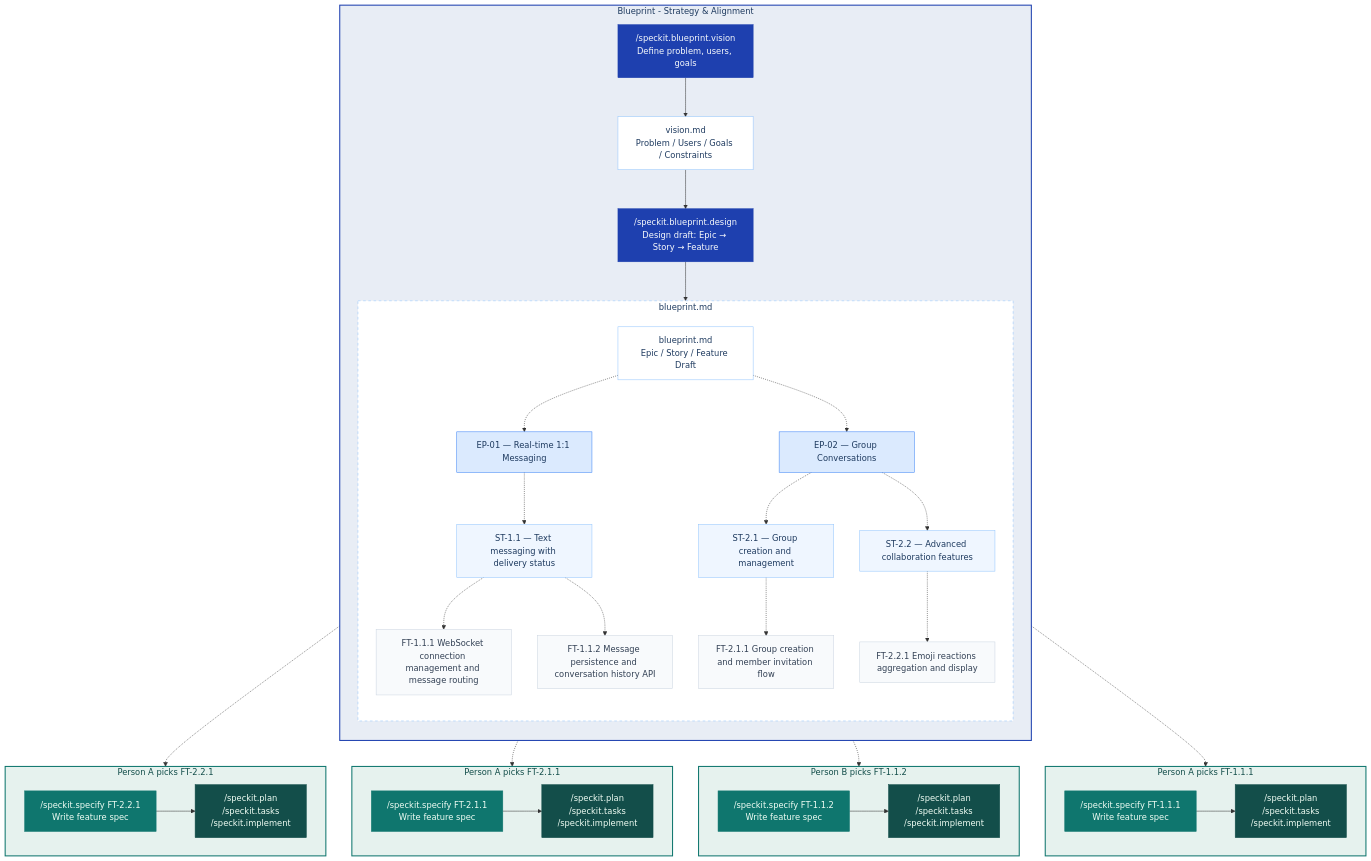
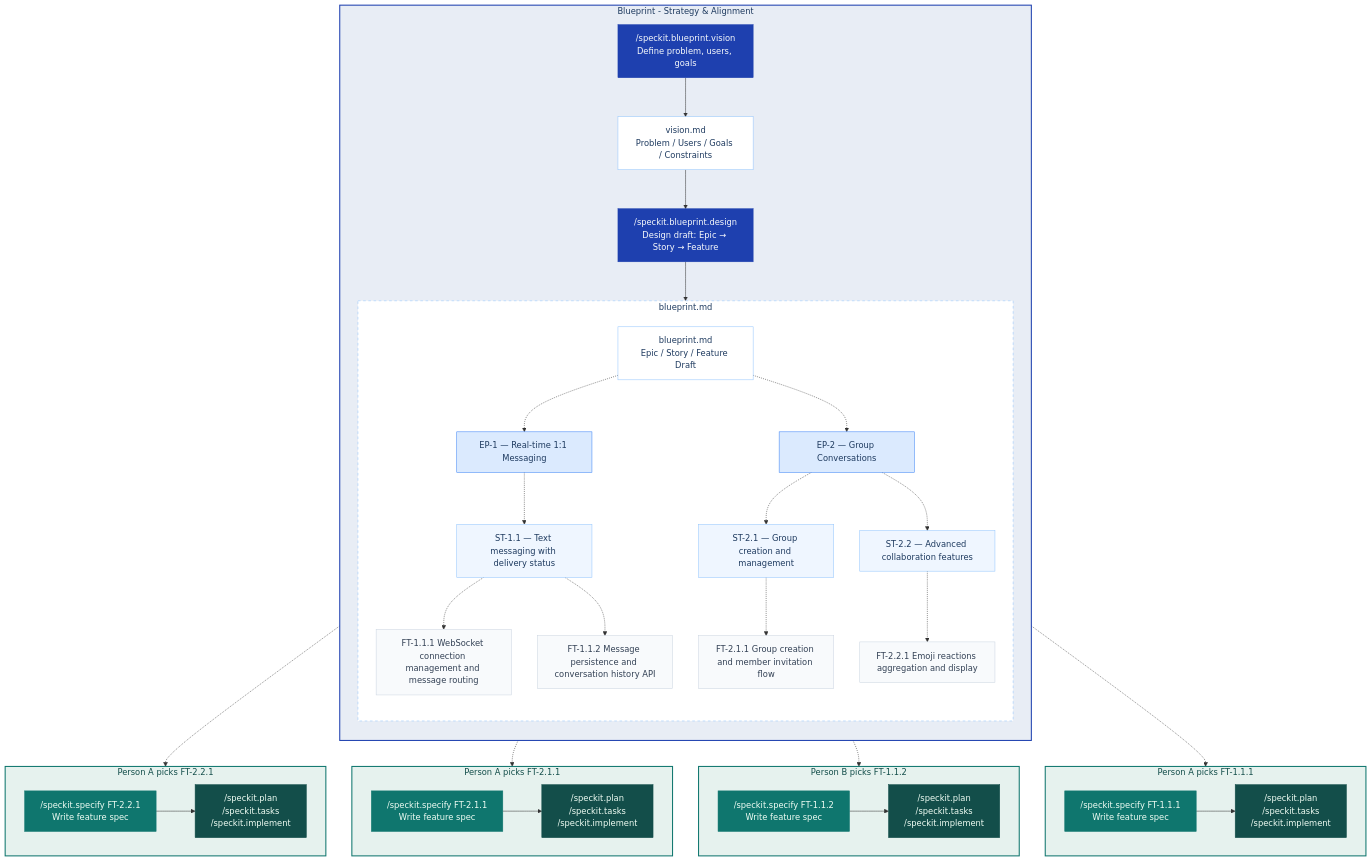
Before and after one commit to jaeryun/spec-kit-blueprint: the diagram in README.md, drawn with Mermaid. The commit also changed other lines of this file and 7 other files, not shown here.

````diff
--- a/README.md
+++ b/README.md
@@ -22,78 +22,78 @@
 ```mermaid
 flowchart TD
     B["/speckit.blueprint.vision<br/>Define problem, users, goals"]
 
     subgraph BP ["Blueprint - Strategy & Alignment"]
         direction TB
         B --> V["vision.md<br/>Problem / Users / Goals / Constraints"]
         V --> C["/speckit.blueprint.design<br/>Design draft: Epic → Story → Feature"]
         C --> R["blueprint.md<br/>Epic / Story / Feature Draft"]
 
         subgraph HIER ["blueprint.md"]
             direction TB
-            R -.-> EP1["EP-01 — Real-time 1:1 Messaging"]
+            R -.-> EP1["EP-1 — Real-time 1:1 Messaging"]
             EP1 -.-> ST1["ST-1.1 — Text messaging with delivery status"]
             ST1 -.-> FT_1_1_1["FT-1.1.1 WebSocket connection management and message routing"]
             ST1 -.-> FT_1_1_2["FT-1.1.2 Message persistence and conversation history API"]
 
-            R -.-> EP2["EP-02 — Group Conversations"]
+            R -.-> EP2["EP-2 — Group Conversations"]
             EP2 -.-> ST2["ST-2.1 — Group creation and management"]
             ST2 -.-> FT_2_1_1["FT-2.1.1 Group creation and member invitation flow"]
             EP2 -.-> ST3["ST-2.2 — Advanced collaboration features"]
             ST3 -.-> FT_2_2_1["FT-2.2.1 Emoji reactions aggregation and display"]
         end
     end
 
     subgraph DEV1 ["Person A picks FT-1.1.1"]
         direction LR
         S_1_1_1["/speckit.specify FT-1.1.1<br/>Write feature spec"] --> N_1_1_1["/speckit.plan<br/>/speckit.tasks<br/>/speckit.implement"]
     end
 
     subgraph DEV2 ["Person B picks FT-1.1.2"]
         direction LR
         S_1_1_2["/speckit.specify FT-1.1.2<br/>Write feature spec"] --> N_1_1_2["/speckit.plan<br/>/speckit.tasks<br/>/speckit.implement"]
     end
 
     subgraph DEV3 ["Person A picks FT-2.1.1"]
         direction LR
         S_2_1_1["/speckit.specify FT-2.1.1<br/>Write feature spec"] --> N_2_1_1["/speckit.plan<br/>/speckit.tasks<br/>/speckit.implement"]
     end
 
     subgraph DEV4 ["Person A picks FT-2.2.1"]
         direction LR
         S_2_2_1["/speckit.specify FT-2.2.1<br/>Write feature spec"] --> N_2_2_1["/speckit.plan<br/>/speckit.tasks<br/>/speckit.implement"]
     end
 
     FT_1_1_1 -.-> S_1_1_1
     FT_1_1_2 -.-> S_1_1_2
     FT_2_1_1 -.-> S_2_1_1
     FT_2_2_1 -.-> S_2_2_1
 
     style BP fill:#e8edf5,stroke:#1e40af,stroke-width:2px,color:#1e3a5f
     style HIER fill:#ffffff,stroke:#93c5fd,stroke-dasharray: 5 5,color:#1e3a5f
     style DEV1 fill:#e6f2ee,stroke:#0f766e,stroke-width:2px,color:#134e4a
     style DEV2 fill:#e6f2ee,stroke:#0f766e,stroke-width:2px,color:#134e4a
     style DEV3 fill:#e6f2ee,stroke:#0f766e,stroke-width:2px,color:#134e4a
     style DEV4 fill:#e6f2ee,stroke:#0f766e,stroke-width:2px,color:#134e4a
     style B fill:#1e40af,stroke:#1e40af,color:#f8fafc
     style C fill:#1e40af,stroke:#1e40af,color:#f8fafc
     style V fill:#ffffff,stroke:#93c5fd,color:#1e3a5f
     style R fill:#ffffff,stroke:#93c5fd,color:#1e3a5f
     style EP1 fill:#dbeafe,stroke:#3b82f6,color:#1e3a5f
     style EP2 fill:#dbeafe,stroke:#3b82f6,color:#1e3a5f
     style ST1 fill:#eff6ff,stroke:#93c5fd,color:#1e3a5f
     style ST2 fill:#eff6ff,stroke:#93c5fd,color:#1e3a5f
     style ST3 fill:#eff6ff,stroke:#93c5fd,color:#1e3a5f
     style FT_1_1_1 fill:#f8fafc,stroke:#cbd5e1,color:#334155
     style FT_1_1_2 fill:#f8fafc,stroke:#cbd5e1,color:#334155
     style FT_2_1_1 fill:#f8fafc,stroke:#cbd5e1,color:#334155
     style FT_2_2_1 fill:#f8fafc,stroke:#cbd5e1,color:#334155
     style S_1_1_1 fill:#0f766e,stroke:#0f766e,color:#f0fdf4
     style S_1_1_2 fill:#0f766e,stroke:#0f766e,color:#f0fdf4
     style S_2_1_1 fill:#0f766e,stroke:#0f766e,color:#f0fdf4
     style S_2_2_1 fill:#0f766e,stroke:#0f766e,color:#f0fdf4
     style N_1_1_1 fill:#134e4a,stroke:#134e4a,color:#f0fdf4
     style N_1_1_2 fill:#134e4a,stroke:#134e4a,color:#f0fdf4
     style N_2_1_1 fill:#134e4a,stroke:#134e4a,color:#f0fdf4
     style N_2_2_1 fill:#134e4a,stroke:#134e4a,color:#f0fdf4
 ```
````
